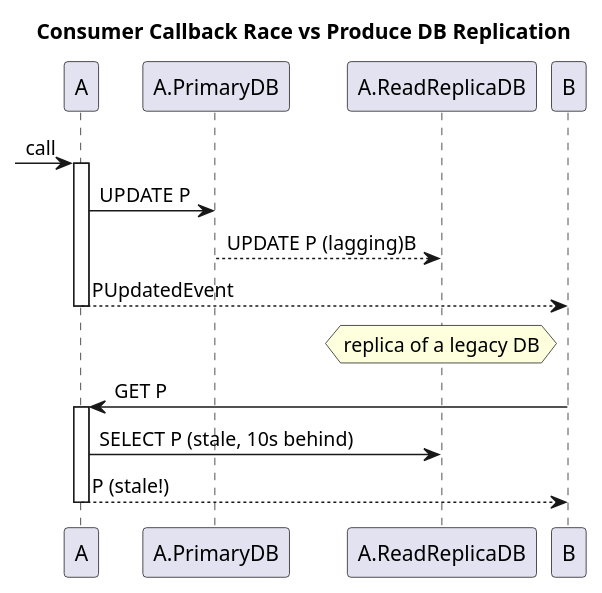
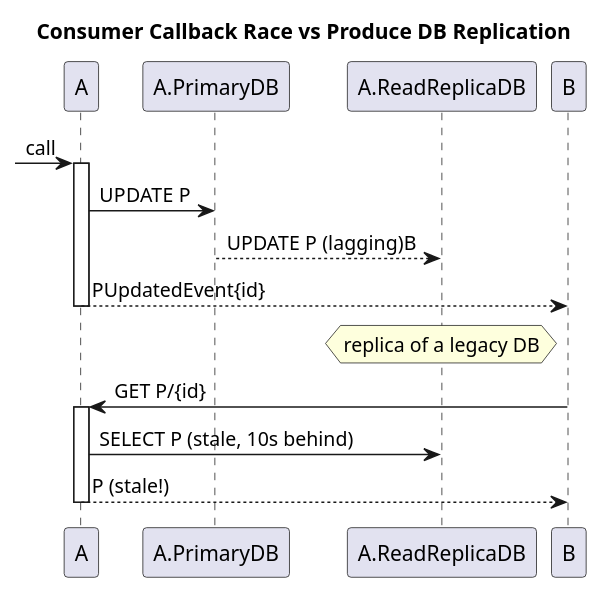
The diagram in patterns/3_race_c_p_[story]calback_vs_db_replication.puml (victorrentea/kafka), drawn with PlantUML before and after one commit.

```diff
--- a/patterns/3_race_c_p_[story]calback_vs_db_replication.puml
+++ b/patterns/3_race_c_p_[story]calback_vs_db_replication.puml
@@ -1,14 +1,14 @@
 @startuml
 title Consumer Callback Race vs Produce DB Replication
 
 -> A++:call
 A -> A.PrimaryDB : UPDATE P
 A.PrimaryDB --> A.ReadReplicaDB: UPDATE P (lagging)B
-B<--A--: PUpdatedEvent
+B<--A--: PUpdatedEvent{id}
 
 hnote over A.ReadReplicaDB: replica of a legacy DB
-B ->A++: GET P
+B ->A++: GET P/{id}
 A->A.ReadReplicaDB: SELECT P (stale, 10s behind)
 B<--A--: P (stale!)
 
 @enduml
```
